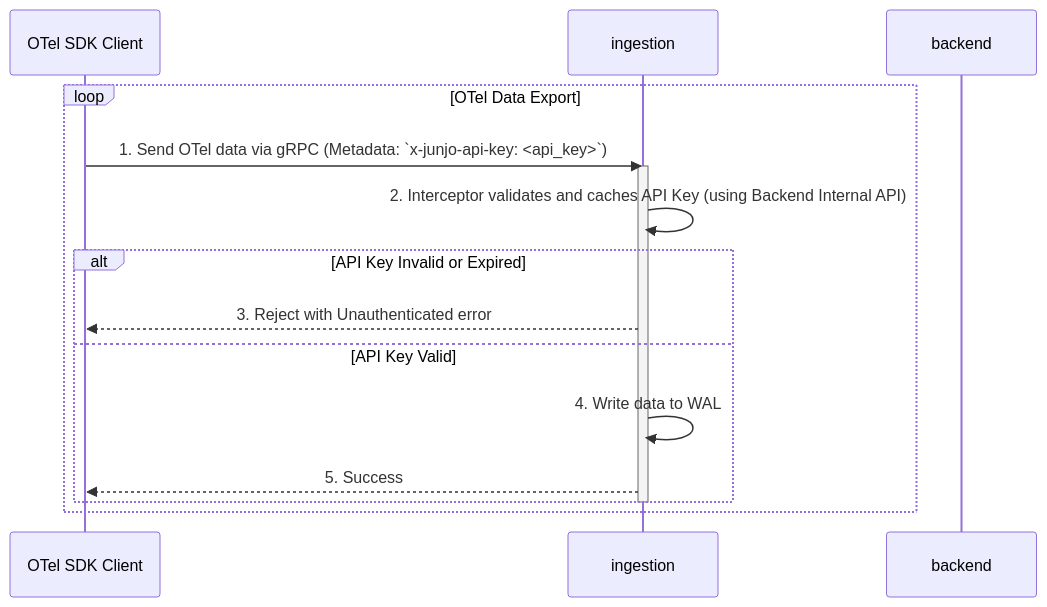
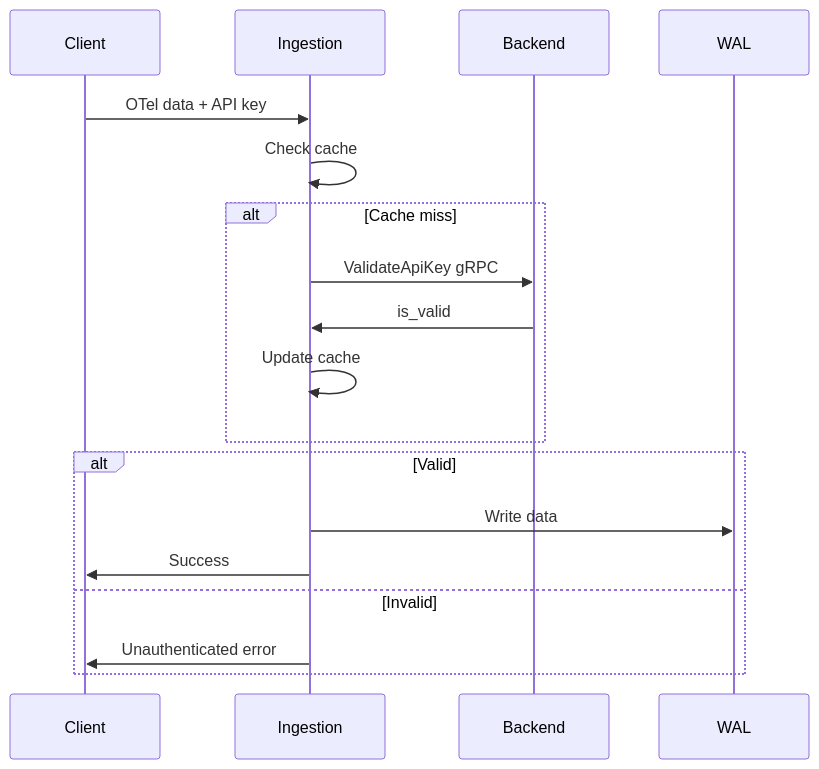
The second of 2 diagrams in AGENTS.md (mdrideout/junjo-ai-studio), drawn with Mermaid before and after one commit. The commit also changed other lines of this file and 19 other files, not shown here.

````diff
--- a/AGENTS.md
+++ b/AGENTS.md
@@ -84,19 +120,16 @@
 ```mermaid
 sequenceDiagram
-    participant Client as OTel SDK Client
-    participant Ingestion as ingestion
-    participant Backend as backend
-
-    loop OTel Data Export
-        Client->>Ingestion: 1. Send OTel data via gRPC (Metadata: `x-junjo-api-key: <api_key>`)
-        activate Ingestion
-        Ingestion->>Ingestion: 2. Interceptor validates and caches API Key (using Backend Internal API)
-        alt API Key Invalid or Expired
-            Ingestion-->>Client: 3. Reject with Unauthenticated error
-        else API Key Valid
-            Ingestion->>Ingestion: 4. Write data to WAL
-            Ingestion-->>Client: 5. Success
-        end
-        deactivate Ingestion
+    Client->>Ingestion: OTel data + API key
+    Ingestion->>Ingestion: Check cache
+    alt Cache miss
+        Ingestion->>Backend: ValidateApiKey gRPC
+        Backend->>Ingestion: is_valid
+        Ingestion->>Ingestion: Update cache
+    end
+    alt Valid
+        Ingestion->>WAL: Write data
+        Ingestion->>Client: Success
+    else Invalid
+        Ingestion->>Client: Unauthenticated error
     end
 ```
````
